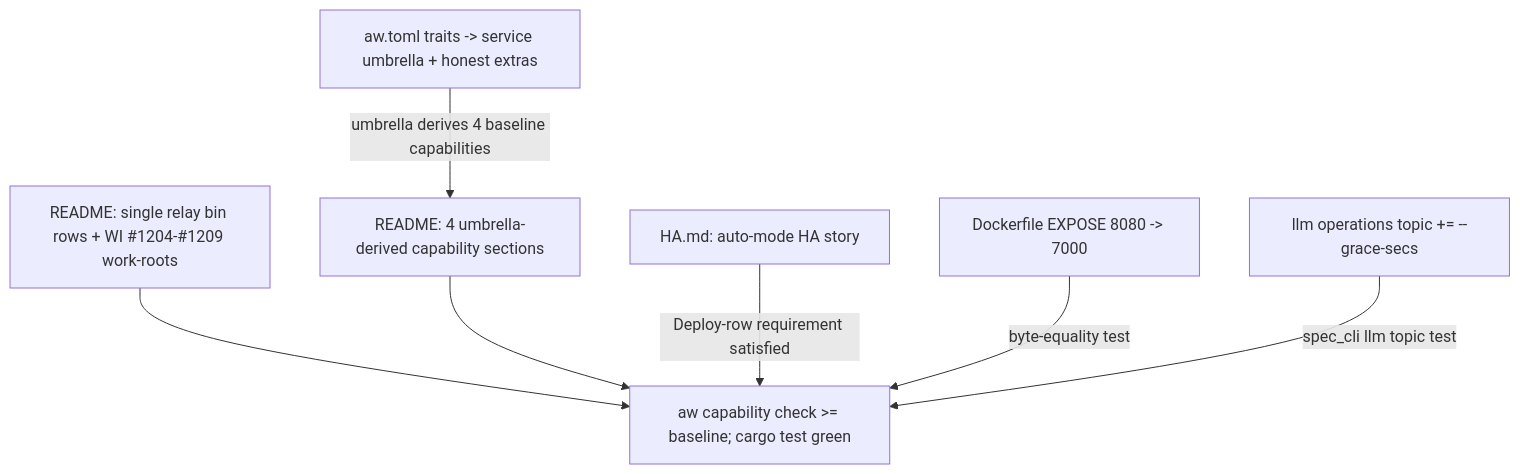
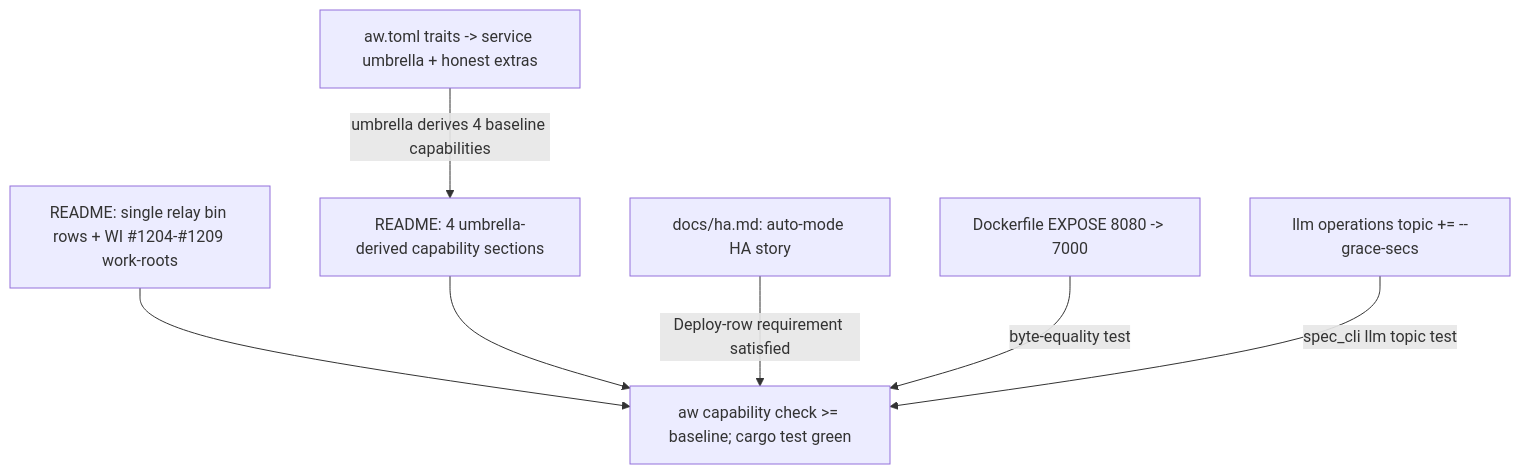
Before and after one commit to faberline/relay: the first of 2 diagrams in tech-design/logic/declare-service-umbrella-traits-sync-readme-ha-docs-to-the-conve.md, drawn with Mermaid. The commit also changed other lines of this file and 79 other files, not shown here.

````diff
--- a/tech-design/logic/declare-service-umbrella-traits-sync-readme-ha-docs-to-the-conve.md
+++ b/tech-design/logic/declare-service-umbrella-traits-sync-readme-ha-docs-to-the-conve.md
@@ -34,59 +34,59 @@
 ```mermaid
 ---
 id: relay-declare-service-umbrella-sync-docs-logic
 entry: traits
 nodes:
   traits:
     label: "aw.toml traits -> service umbrella + honest extras"
     kind: start
   readme_sync:
     label: "README: replace relay-server/relay-raft rows with single relay bin + WI #1204-#1209 work-roots"
     kind: process
   readme_new:
     label: "README: add 4 umbrella-derived capability sections (std endpoints, cli-std, chainable, ec-gates)"
     kind: process
   ha_doc:
-    label: "HA.md: auto-mode, RelayStateMachine, lease/ack limitation, RELAY_PEERS, operator CR, backup, peer-TLS gap"
+    label: "docs/ha.md: auto-mode, RelayStateMachine, lease/ack limitation, RELAY_PEERS, operator CR, backup, peer-TLS gap"
     kind: process
   dockerfile:
     label: "Dockerfile EXPOSE 8080 -> 7000 (include_str! keeps render byte-equal)"
     kind: process
   llm_topic:
     label: "llm operations topic += --grace-secs / RELAY_GRACE_SECS"
     kind: process
   verify:
     label: "aw capability check >= baseline; cargo test -p relay green"
     kind: terminal
 edges:
   - from: traits
     to: readme_new
     label: "umbrella derives 4 baseline capabilities"
   - from: readme_sync
     to: verify
   - from: readme_new
     to: verify
   - from: ha_doc
     to: verify
     label: "Deploy-row requirement satisfied"
   - from: dockerfile
     to: verify
     label: "byte-equality test"
   - from: llm_topic
     to: verify
     label: "spec_cli llm topic test"
 ---
 flowchart TD
   traits["aw.toml traits -> service umbrella + honest extras"]
   readme_sync["README: single relay bin rows + WI #1204-#1209 work-roots"]
   readme_new["README: 4 umbrella-derived capability sections"]
-  ha_doc["HA.md: auto-mode HA story"]
+  ha_doc["docs/ha.md: auto-mode HA story"]
   dockerfile["Dockerfile EXPOSE 8080 -> 7000"]
   llm_topic["llm operations topic += --grace-secs"]
   verify["aw capability check >= baseline; cargo test green"]
   traits -->|"umbrella derives 4 baseline capabilities"| readme_new
   readme_sync --> verify
   readme_new --> verify
   ha_doc -->|"Deploy-row requirement satisfied"| verify
   dockerfile -->|"byte-equality test"| verify
   llm_topic -->|"spec_cli llm topic test"| verify
 ```
````
